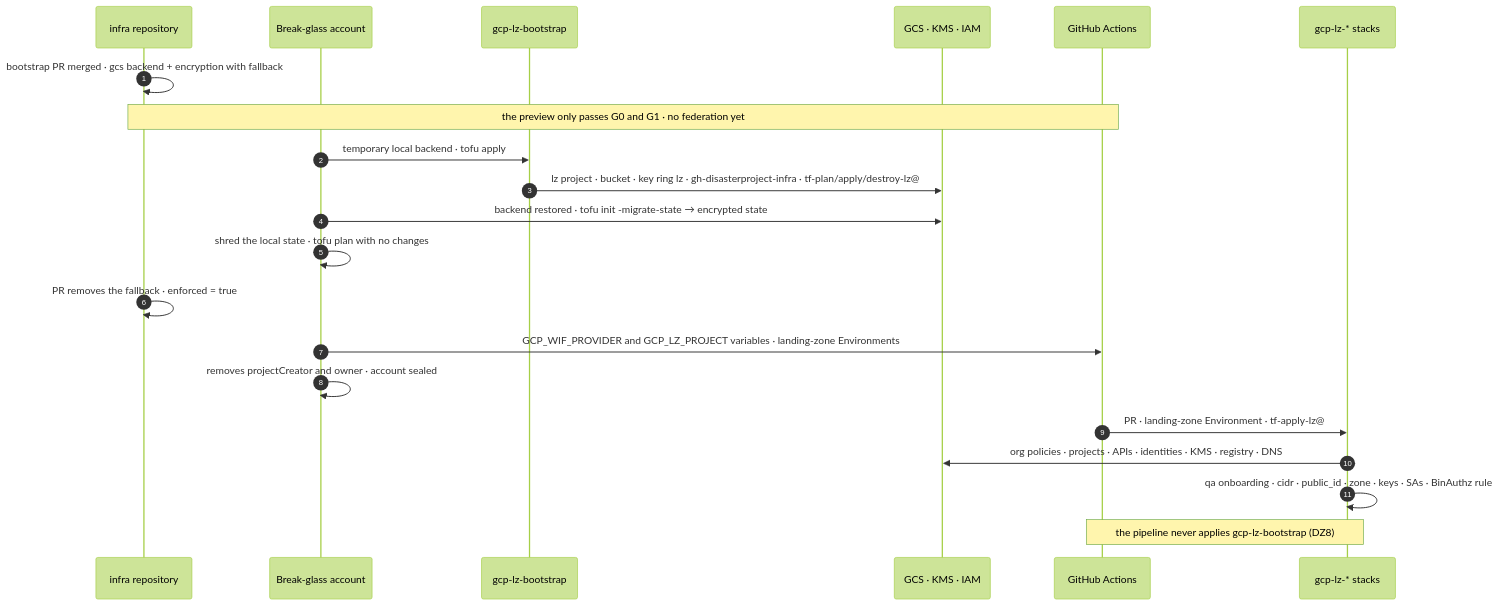
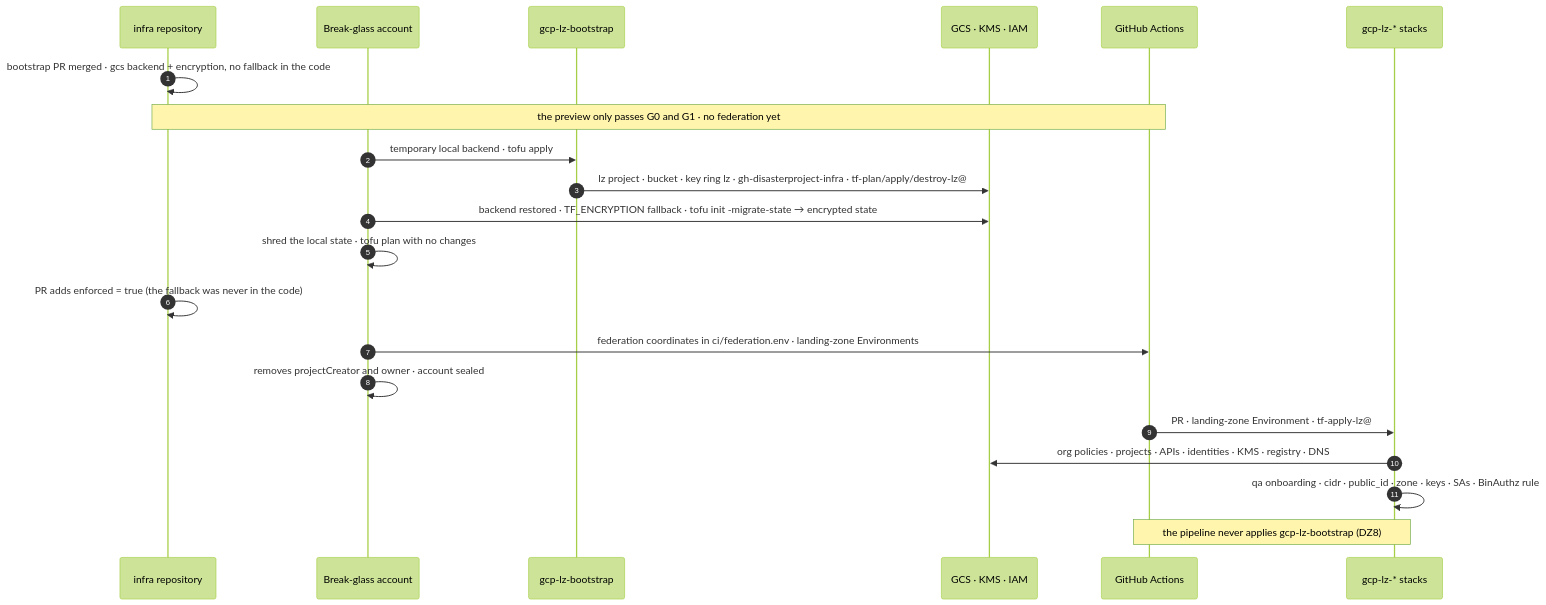
One commit to aescanero/proposal_documents changed the diagram in docs/en/proposals/landing-zone-qa/diagrams/02-arranque.mmd. Above: the diagram before and after it, drawn with Mermaid (forest theme). The commit also changed 51 other files, not shown here.

```diff
--- a/docs/en/proposals/landing-zone-qa/diagrams/02-arranque.mmd
+++ b/docs/en/proposals/landing-zone-qa/diagrams/02-arranque.mmd
@@ -1,21 +1,21 @@
 sequenceDiagram
     autonumber
     participant R as infra repository
     participant P as Break-glass account
     participant B as gcp-lz-bootstrap
     participant G as GCS · KMS · IAM
     participant CI as GitHub Actions
     participant L as gcp-lz-* stacks
-    R->>R: bootstrap PR merged · gcs backend + encryption with fallback
+    R->>R: bootstrap PR merged · gcs backend + encryption, no fallback in the code
     Note over R,CI: the preview only passes G0 and G1 · no federation yet
     P->>B: temporary local backend · tofu apply
     B->>G: lz project · bucket · key ring lz · gh-disasterproject-infra · tf-plan/apply/destroy-lz@
-    P->>G: backend restored · tofu init -migrate-state → encrypted state
+    P->>G: backend restored · TF_ENCRYPTION fallback · tofu init -migrate-state → encrypted state
     P->>P: shred the local state · tofu plan with no changes
-    R->>R: PR removes the fallback · enforced = true
-    P->>CI: GCP_WIF_PROVIDER and GCP_LZ_PROJECT variables · landing-zone Environments
+    R->>R: PR adds enforced = true (the fallback was never in the code)
+    P->>CI: federation coordinates in ci/federation.env · landing-zone Environments
     P->>P: removes projectCreator and owner · account sealed
     CI->>L: PR · landing-zone Environment · tf-apply-lz@
     L->>G: org policies · projects · APIs · identities · KMS · registry · DNS
     L->>L: qa onboarding · cidr · public_id · zone · keys · SAs · BinAuthz rule
     Note over CI,L: the pipeline never applies gcp-lz-bootstrap (DZ8)
```
